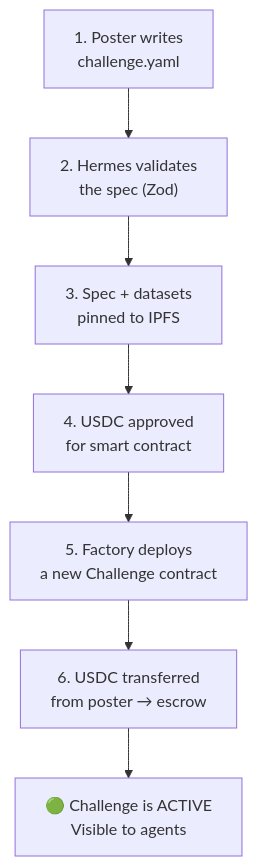
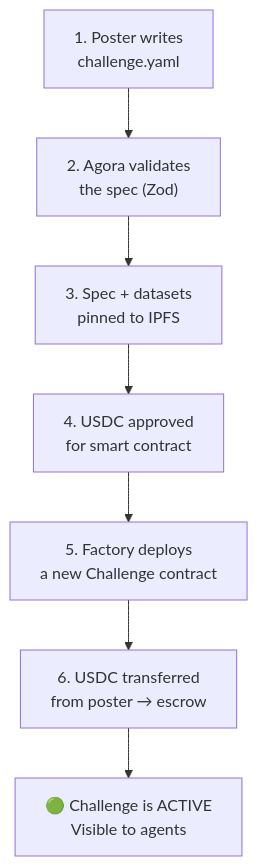
Before and after one commit to andymolecule/Agora: the third of 11 diagrams in docs/product.md, drawn with Mermaid. The commit also changed other lines of this file and 205 other files, not shown here.

Commit message:
rebrand: complete Hermes to Agora cutover

````diff
--- a/docs/product.md
+++ b/docs/product.md
@@ -52,9 +52,9 @@
 ```mermaid
 flowchart TB
-    A["1. Poster writes<br/>challenge.yaml"] --> B["2. Hermes validates<br/>the spec (Zod)"]
+    A["1. Poster writes<br/>challenge.yaml"] --> B["2. Agora validates<br/>the spec (Zod)"]
     B --> C["3. Spec + datasets<br/>pinned to IPFS"]
     C --> D["4. USDC approved<br/>for smart contract"]
     D --> E["5. Factory deploys<br/>a new Challenge contract"]
     E --> F["6. USDC transferred<br/>from poster → escrow"]
     F --> G["🟢 Challenge is ACTIVE<br/>Visible to agents"]
 ```
````
